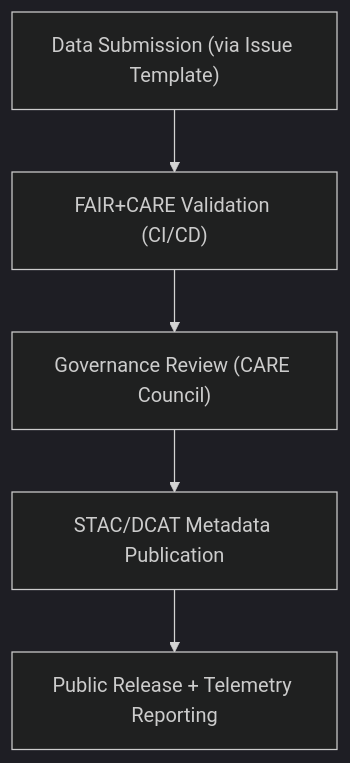
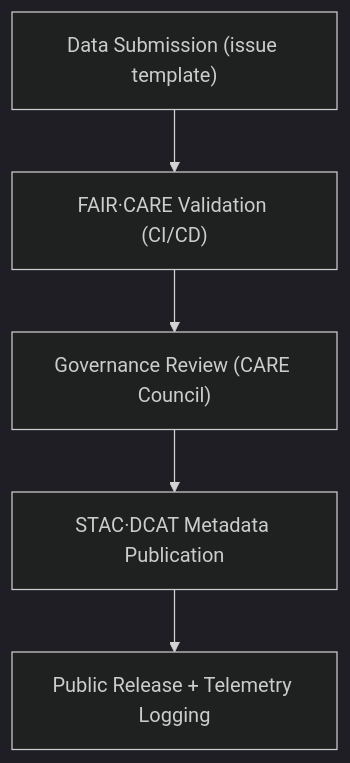
Before and after one commit to bartytime4life/Kansas-Frontier-Matrix: the diagram in docs/standards/faircare.md, drawn with Mermaid (dark theme). The commit also changed other lines of this file, not shown here.

````diff
--- a/docs/standards/faircare.md
+++ b/docs/standards/faircare.md
@@ -80,10 +80,7 @@
 ```mermaid
 flowchart TD
-A["Data Submission (via Issue Template)"]
-B["FAIR+CARE Validation (CI/CD)"]
-C["Governance Review (CARE Council)"]
-D["STAC/DCAT Metadata Publication"]
-E["Public Release + Telemetry Reporting"]
-
-A --> B --> C --> D --> E
+  A["Data Submission (issue template)"] --> B["FAIR·CARE Validation (CI/CD)"]
+  B --> C["Governance Review (CARE Council)"]
+  C --> D["STAC·DCAT Metadata Publication"]
+  D --> E["Public Release + Telemetry Logging"]
 ```
````
